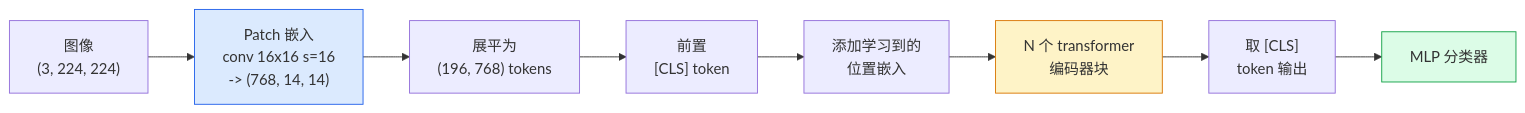
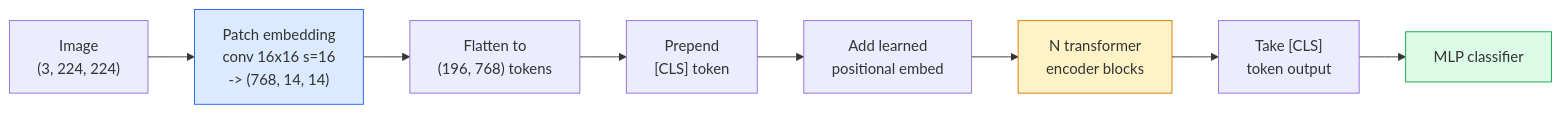
Before and after one commit to xiaojiaenen/ai-engineering-from-scratch-zh: the diagram in i18n/zh/phases/04-computer-vision/14-vision-transformers/docs/zh.md, drawn with Mermaid. The commit also changed other lines of this file and 28 other files, not shown here.

````diff
--- a/i18n/zh/phases/04-computer-vision/14-vision-transformers/docs/zh.md
+++ b/i18n/zh/phases/04-computer-vision/14-vision-transformers/docs/zh.md
@@ -29,14 +29,14 @@
 ```mermaid
 flowchart LR
-    IMG["图像<br/>(3, 224, 224)"] --> PATCH["Patch 嵌入<br/>conv 16x16 s=16<br/>-> (768, 14, 14)"]
-    PATCH --> FLAT["展平为<br/>(196, 768) tokens"]
-    FLAT --> CAT["前置<br/>[CLS] token"]
-    CAT --> POS["添加学习到的<br/>位置嵌入"]
-    POS --> ENC["N 个 transformer<br/>编码器块"]
-    ENC --> CLS["取 [CLS]<br/>token 输出"]
-    CLS --> HEAD["MLP 分类器"]
+    IMG["Image<br/>(3, 224, 224)"] --> PATCH["Patch embedding<br/>conv 16x16 s=16<br/>-> (768, 14, 14)"]
+    PATCH --> FLAT["Flatten to<br/>(196, 768) tokens"]
+    FLAT --> CAT["Prepend<br/>[CLS] token"]
+    CAT --> POS["Add learned<br/>positional embed"]
+    POS --> ENC["N transformer<br/>encoder blocks"]
+    ENC --> CLS["Take [CLS]<br/>token output"]
+    CLS --> HEAD["MLP classifier"]
 
     style PATCH fill:#dbeafe,stroke:#2563eb
     style ENC fill:#fef3c7,stroke:#d97706
     style HEAD fill:#dcfce7,stroke:#16a34a
 ```
````
